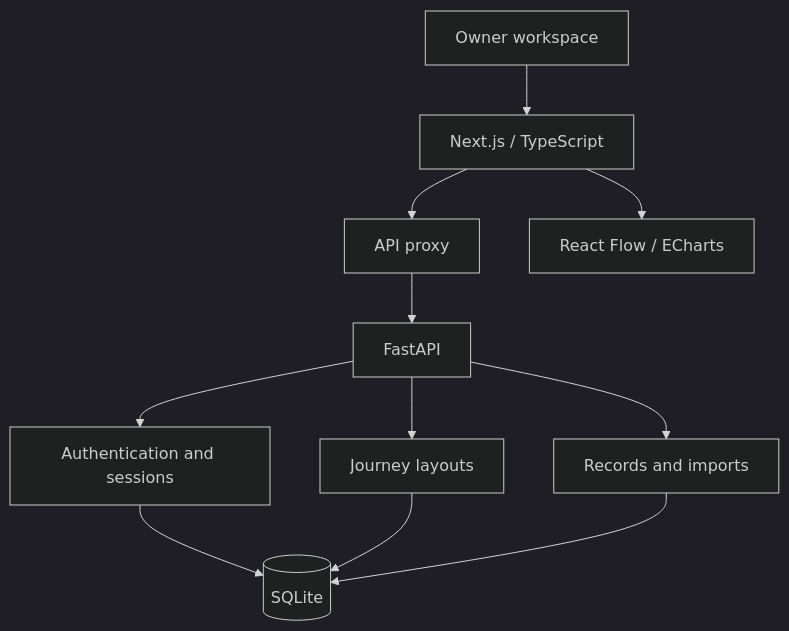
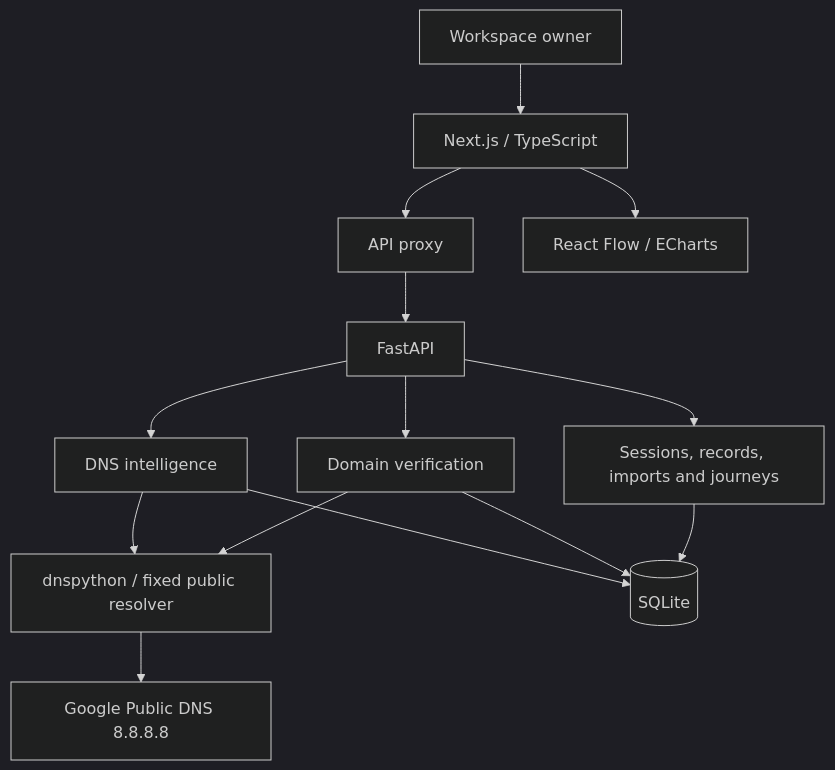
One commit to milandevs006/ghostlead changed the diagram in README.md. Above: the diagram before and after it, drawn with Mermaid (dark theme). The commit also changed other lines of this file and 11 other files, not shown here.

````diff
--- a/README.md
+++ b/README.md
@@ -52,13 +122,16 @@
 ```mermaid
 flowchart TD
-    U[Owner workspace] --> F[Next.js / TypeScript]
+    U[Workspace owner] --> F[Next.js / TypeScript]
     F --> P[API proxy]
     P --> B[FastAPI]
-    B --> A[Authentication and sessions]
-    B --> J[Journey layouts]
-    B --> R[Records and imports]
-    A --> D[(SQLite)]
-    J --> D
-    R --> D
     F --> V[React Flow / ECharts]
+    B --> R[Sessions, records, imports and journeys]
+    B --> D[Domain verification]
+    B --> I[DNS intelligence]
+    D --> Q[dnspython / fixed public resolver]
+    I --> Q
+    Q --> E[Google Public DNS 8.8.8.8]
+    R --> S[(SQLite)]
+    D --> S
+    I --> S
 ```
````
